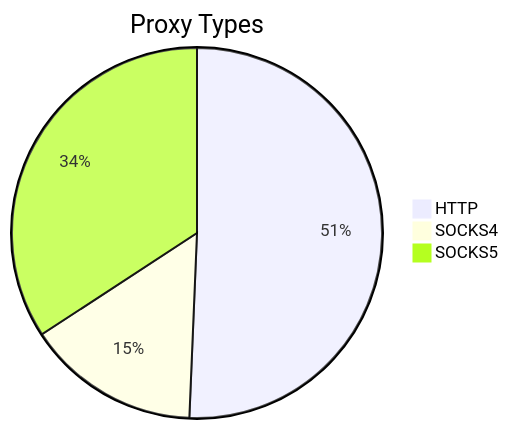
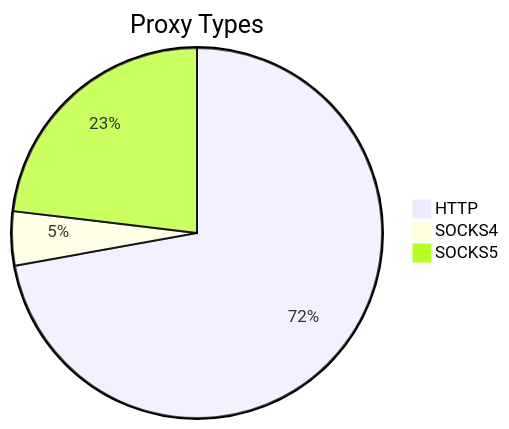
Before and after one commit to stormsia/proxy-list: the first of 2 diagrams in README.md, drawn with Mermaid. The commit also changed other lines of this file, not shown here.

````diff
--- a/README.md
+++ b/README.md
@@ -21,6 +21,6 @@
 ```mermaid
 pie title Proxy Types
-    "HTTP" : 154
-    "SOCKS4" : 46
-    "SOCKS5" : 104
+    "HTTP" : 153
+    "SOCKS4" : 10
+    "SOCKS5" : 49
 ```
````
